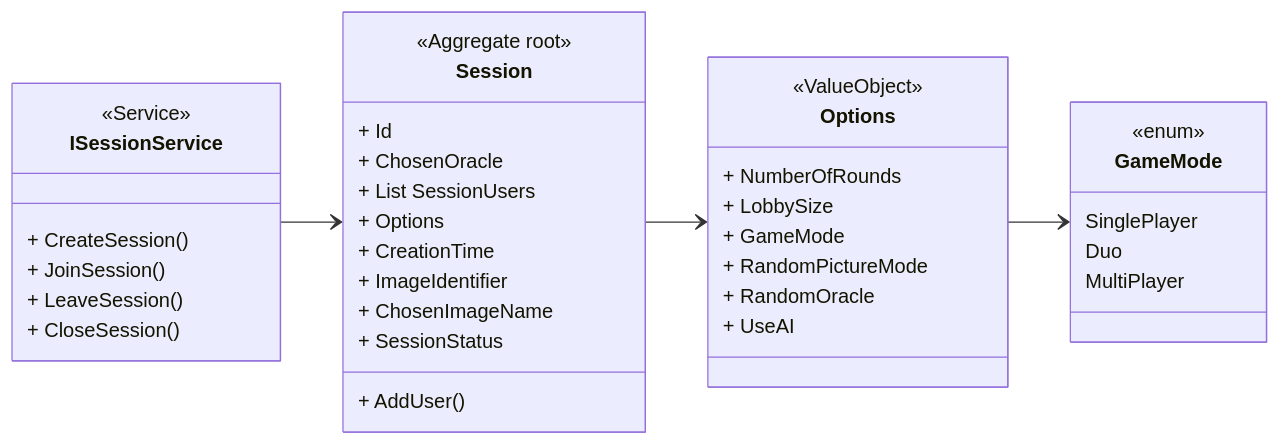
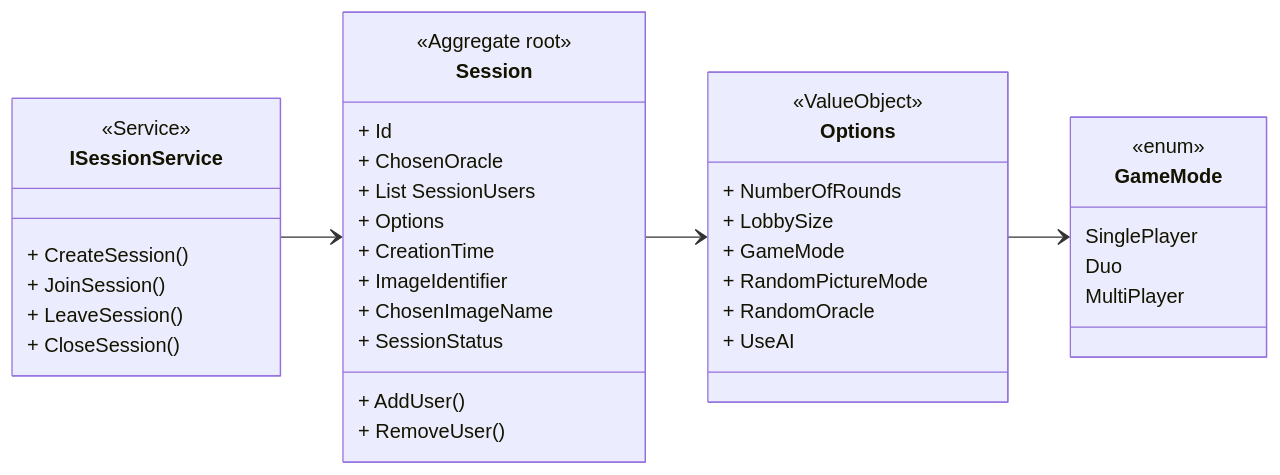
One commit to JoachimTislov/Image-guesser changed the third of 8 diagrams in src/relations.md. Above: the diagram before and after it, drawn with Mermaid. The commit also changed other lines of this file and 23214 other files, not shown here.

````diff
--- a/src/relations.md
+++ b/src/relations.md
@@ -77,41 +80,42 @@
 ```mermaid
 classDiagram
     direction LR
     class ISessionService {
         <<Service>>
         + CreateSession()
         + JoinSession()
         + LeaveSession()
         + CloseSession()
     }
     class Session {
         <<Aggregate root>>
         + Id
         + ChosenOracle
         + List SessionUsers
         + Options
         + CreationTime
         + ImageIdentifier
         + ChosenImageName
         + SessionStatus
         + AddUser()
+        + RemoveUser()
     }
     class Options {
         <<ValueObject>>
         + NumberOfRounds
         + LobbySize
         + GameMode
         + RandomPictureMode
         + RandomOracle
         + UseAI
     }
     class GameMode {
         <<enum>>
         SinglePlayer
         Duo
         MultiPlayer
     }
     ISessionService --> Session
     Session --> Options
     Options --> GameMode
 ```
````
